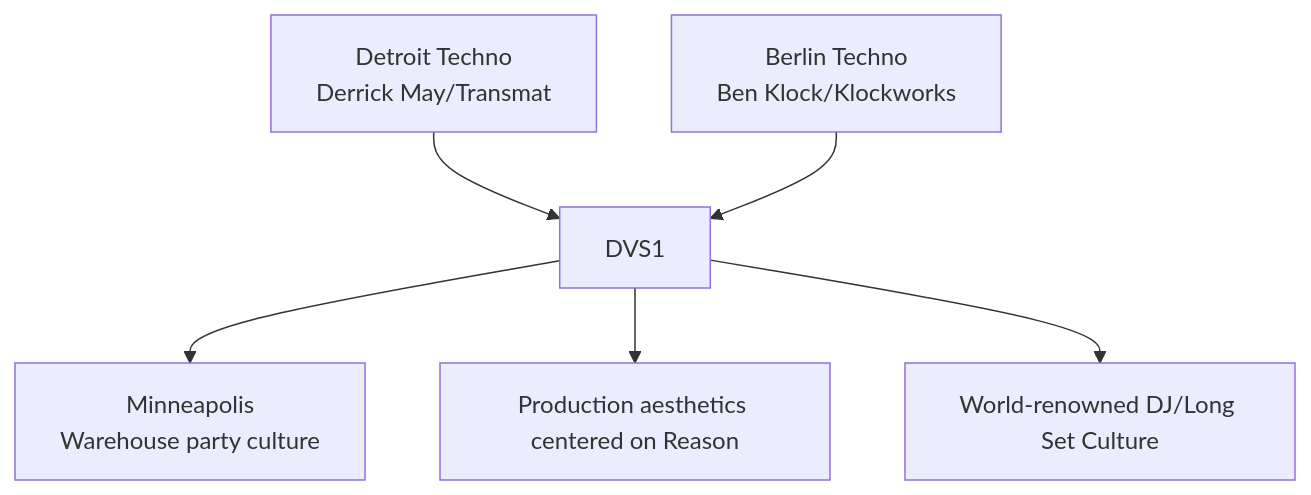
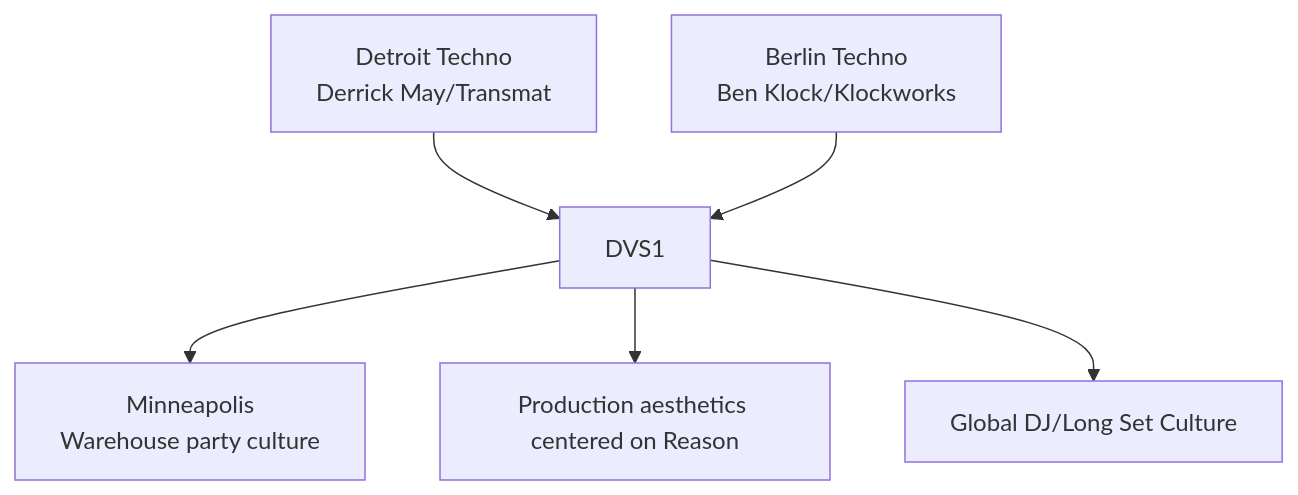
Before and after one commit to monumental-movement/monumental-movement.github.io: the diagram in en/_posts/2025-11-18-column-dvs1.md, drawn with Mermaid. The commit also changed other lines of this file and 471 other files, not shown here.

```diff
--- a/en/_posts/2025-11-18-column-dvs1.md
+++ b/en/_posts/2025-11-18-column-dvs1.md
@@ -249,10 +249,10 @@
 <div class="mermaid">
 
 graph TD
 A[Detroit Techno<br>Derrick May/Transmat] --> C[DVS1]
 B[Berlin Techno<br>Ben Klock/Klockworks] --> C
 C --> D[Minneapolis<br>Warehouse party culture]
 C --> E[Production aesthetics centered on Reason]
-C --> F[World-renowned DJ/Long Set Culture]
+C --> F[Global DJ/Long Set Culture]
 
 </div>
```
